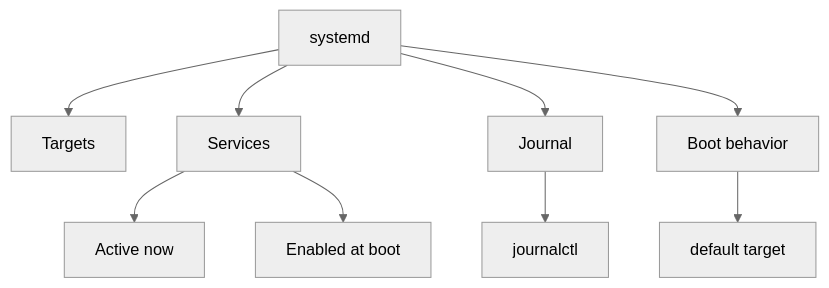
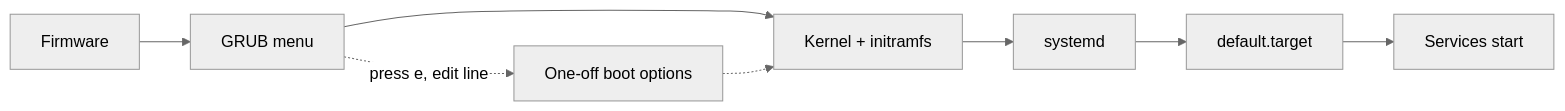
Before and after one commit to zainulhasan/rhcsa: the first of 2 diagrams in 09-boot-targets-processes-logs-and-tuning.md, drawn with Mermaid (neutral theme). The commit also changed other lines of this file, not shown here.

Commit message:
Upgrade lesson 09 boot, processes, logs and tuning to the new course template

````diff
--- a/09-boot-targets-processes-logs-and-tuning.md
+++ b/09-boot-targets-processes-logs-and-tuning.md
@@ -63,11 +51,10 @@
 ```mermaid
-flowchart TD
-    A["systemd"] --> B["Targets"]
-    A --> C["Services"]
-    A --> D["Journal"]
-    A --> E["Boot behavior"]
-    C --> F["Active now"]
-    C --> G["Enabled at boot"]
-    D --> H["journalctl"]
-    E --> I["default target"]
+flowchart LR
+    A["Firmware"] --> B["GRUB menu"]
+    B --> C["Kernel + initramfs"]
+    C --> D["systemd"]
+    D --> E["default.target"]
+    E --> F["Services start"]
+    B -. "press e, edit line" .-> G["One-off boot options"]
+    G -.-> C
 ```
````
